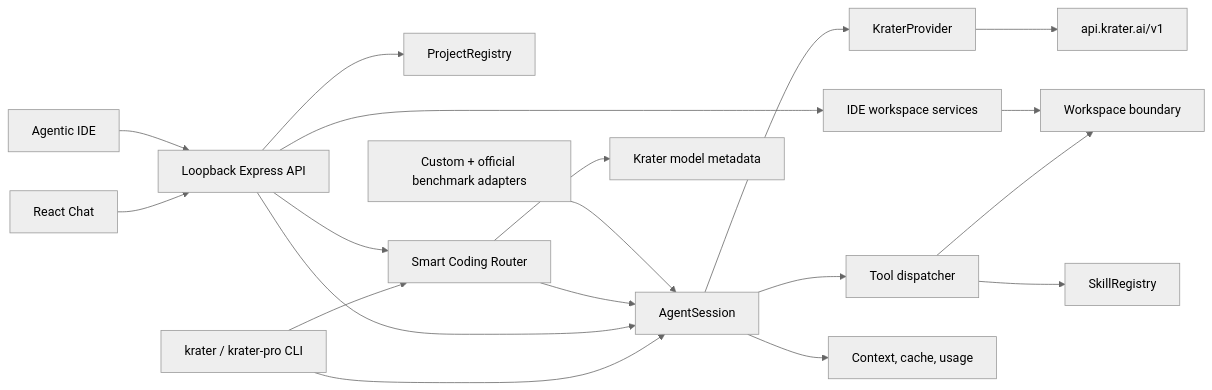
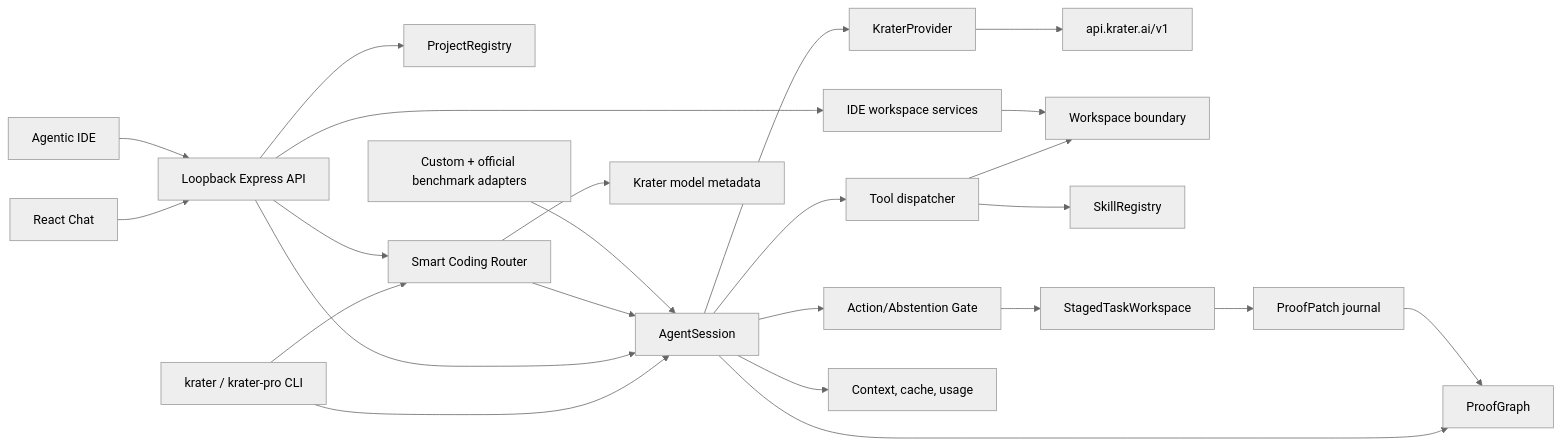
The diagram in docs/ARCHITECTURE.md (SupratimSircar05/krater-pro), drawn with Mermaid (neutral theme) before and after one commit. The commit also changed other lines of this file and 137 other files, not shown here.

````diff
--- a/docs/ARCHITECTURE.md
+++ b/docs/ARCHITECTURE.md
@@ -3,21 +3,26 @@
 ```mermaid
 flowchart LR
     CLI["krater / krater-pro CLI"] --> Agent["AgentSession"]
     Chat["React Chat"] --> API["Loopback Express API"]
     IDE["Agentic IDE"] --> API
     API --> Projects["ProjectRegistry"]
     API --> Agent
     API --> IDEWorkspace["IDE workspace services"]
     CLI --> Router["Smart Coding Router"]
     API --> Router
     Router --> Catalog["Krater model metadata"]
     Router --> Agent
     Agent --> Provider["KraterProvider"]
     Provider --> Krater["api.krater.ai/v1"]
     Agent --> Tools["Tool dispatcher"]
     Tools --> Workspace["Workspace boundary"]
     Tools --> Skills["SkillRegistry"]
+    Agent --> Gate["Action/Abstention Gate"]
+    Gate --> Stage["StagedTaskWorkspace"]
+    Stage --> Patch["ProofPatch journal"]
+    Agent --> Proof["ProofGraph"]
+    Patch --> Proof
     IDEWorkspace --> Workspace
     Agent --> Efficiency["Context, cache, usage"]
     Bench["Custom + official benchmark adapters"] --> Agent
 ```
````
